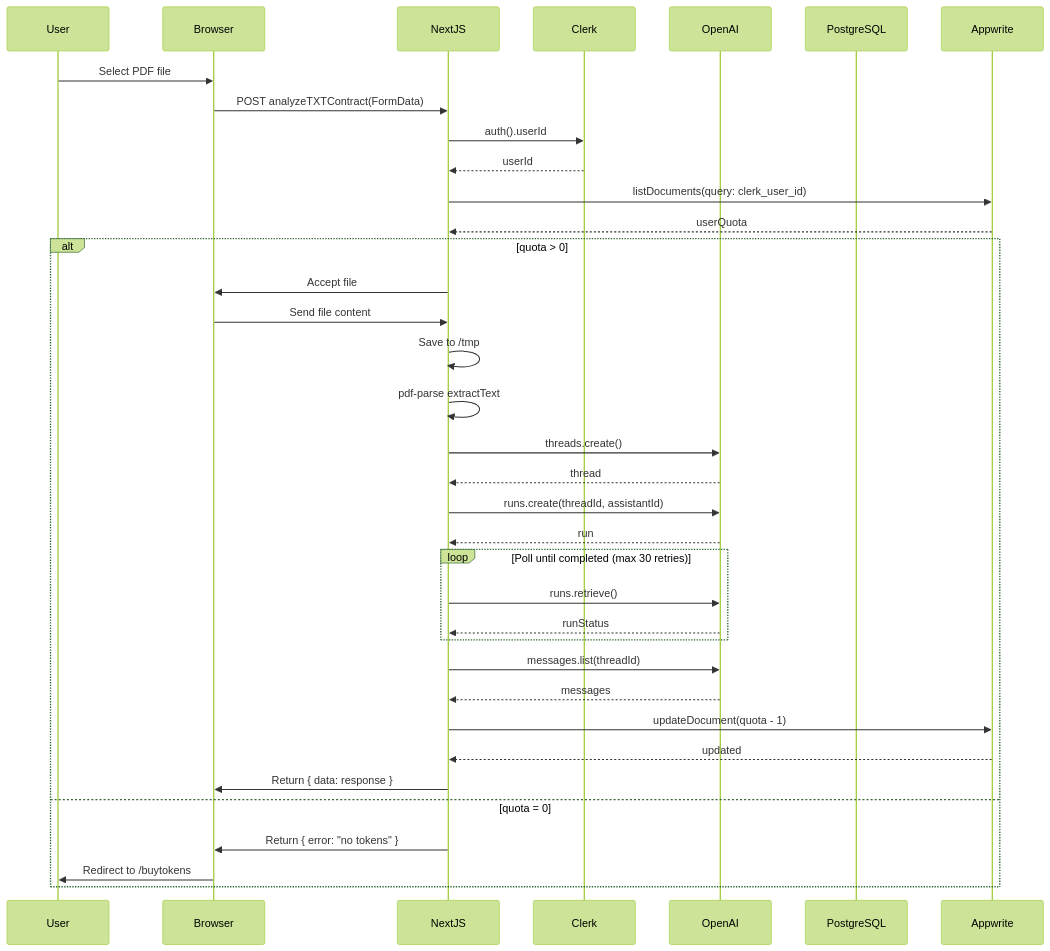
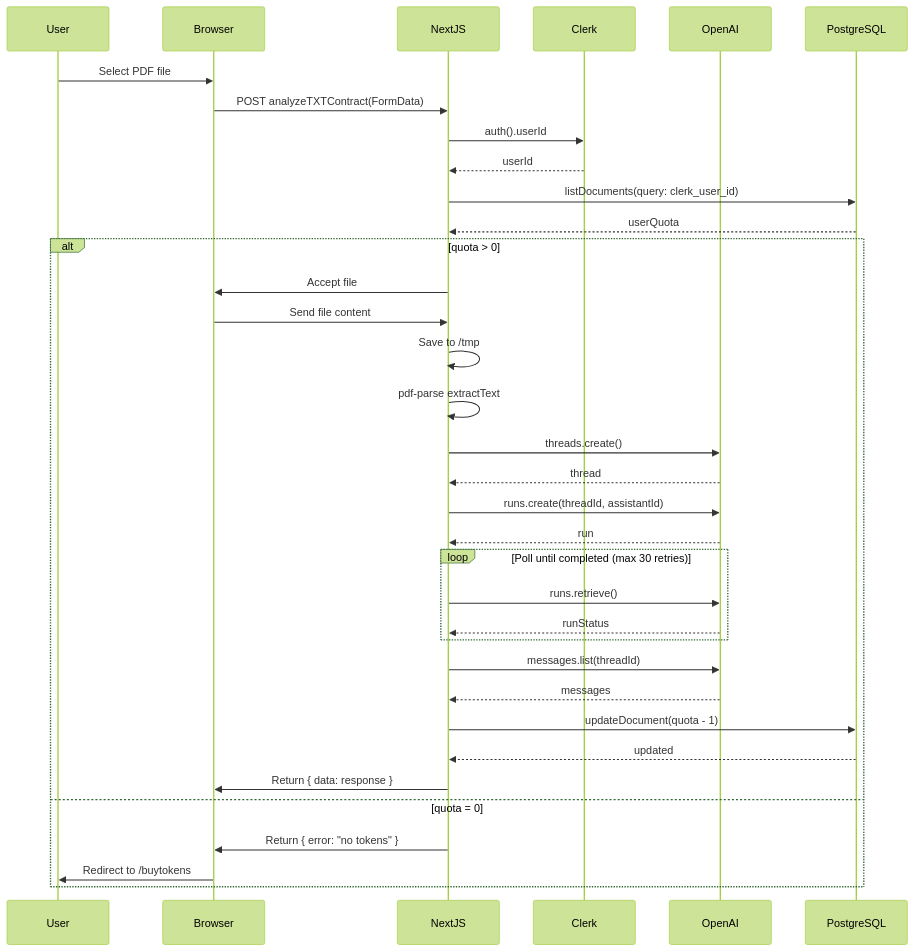
One commit to duzhongli-d/contractagent changed the fourth of 7 diagrams in docs/architecture/COMPONENT_INTERACTIONS.md. Above: the diagram before and after it, drawn with Mermaid (forest theme). The commit also changed other lines of this file and 5 other files, not shown here.

````diff
--- a/docs/architecture/COMPONENT_INTERACTIONS.md
+++ b/docs/architecture/COMPONENT_INTERACTIONS.md
@@ -196,47 +196,47 @@
 ```mermaid
 sequenceDiagram
     participant User
     participant Browser
     participant NextJS
     participant Clerk
     participant OpenAI
     participant PostgreSQL
 
     User->>Browser: Select PDF file
     Browser->>NextJS: POST analyzeTXTContract(FormData)
     NextJS->>Clerk: auth().userId
     Clerk-->>NextJS: userId
 
-    NextJS->>Appwrite: listDocuments(query: clerk_user_id)
-    Appwrite-->>NextJS: userQuota
+    NextJS->>PostgreSQL: listDocuments(query: clerk_user_id)
+    PostgreSQL-->>NextJS: userQuota
 
     alt quota > 0
         NextJS->>Browser: Accept file
         Browser->>NextJS: Send file content
 
         NextJS->>NextJS: Save to /tmp
         NextJS->>NextJS: pdf-parse extractText
 
         NextJS->>OpenAI: threads.create()
         OpenAI-->>NextJS: thread
 
         NextJS->>OpenAI: runs.create(threadId, assistantId)
         OpenAI-->>NextJS: run
 
         loop Poll until completed (max 30 retries)
             NextJS->>OpenAI: runs.retrieve()
             OpenAI-->>NextJS: runStatus
         end
 
         NextJS->>OpenAI: messages.list(threadId)
         OpenAI-->>NextJS: messages
 
-        NextJS->>Appwrite: updateDocument(quota - 1)
-        Appwrite-->>NextJS: updated
+        NextJS->>PostgreSQL: updateDocument(quota - 1)
+        PostgreSQL-->>NextJS: updated
 
         NextJS->>Browser: Return { data: response }
     else quota = 0
         NextJS->>Browser: Return { error: "no tokens" }
         Browser->>User: Redirect to /buytokens
     end
 ```
````
